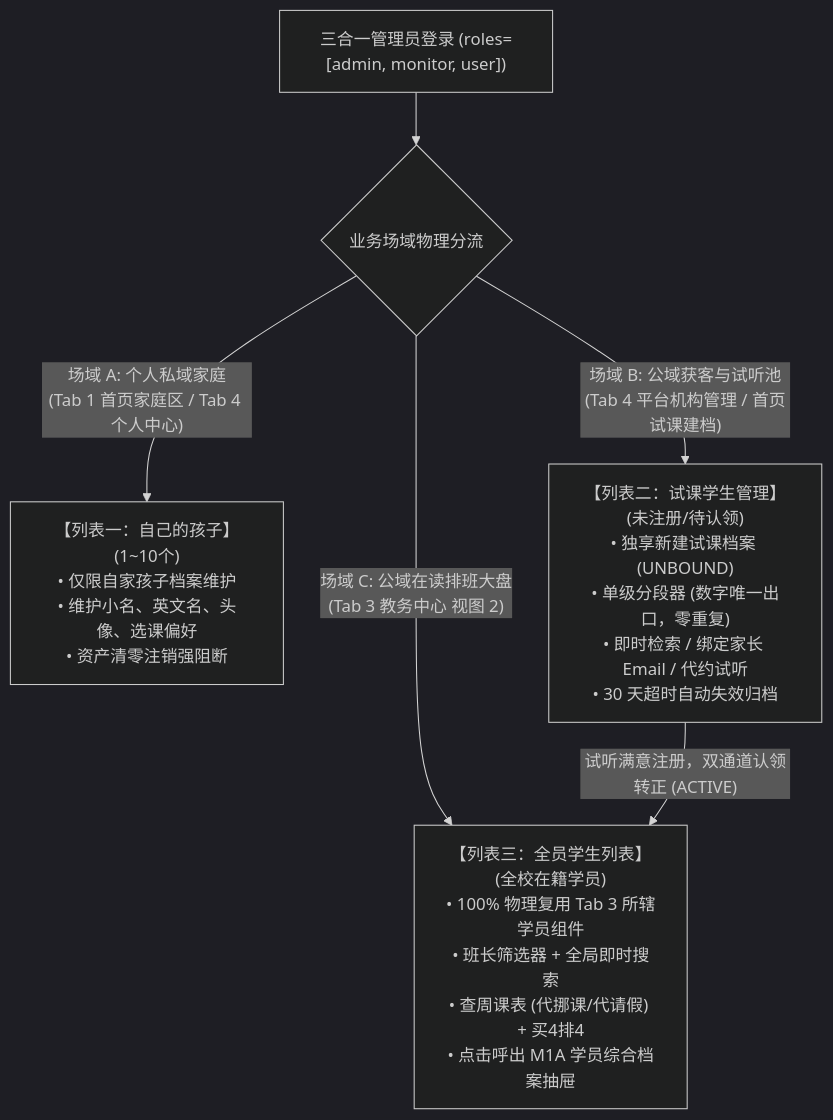
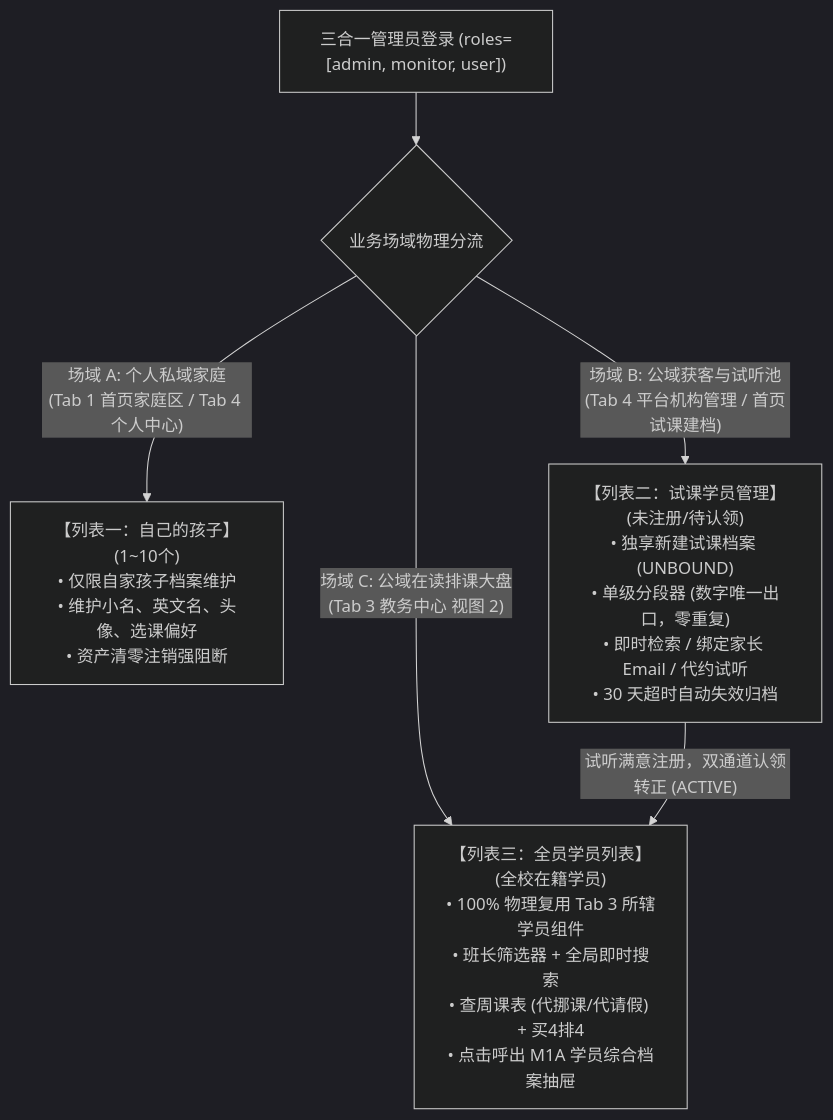
The fifth of 6 diagrams in docs/prd/m1a_student_profile.md (Onezao/dream), drawn with Mermaid (dark theme) before and after one commit. The commit also changed other lines of this file and 37 other files, not shown here.

````diff
--- a/docs/prd/m1a_student_profile.md
+++ b/docs/prd/m1a_student_profile.md
@@ -150,12 +149,12 @@
 ```mermaid
 flowchart TD
     AdminUser["三合一管理员登录 (roles=[admin, monitor, user])"] --> SplitField{"业务场域物理分流"}
     
     SplitField -->|"场域 A: 个人私域家庭<br/>(Tab 1 首页家庭区 / Tab 4 个人中心)"| L1["【列表一：自己的孩子】(1~10个)<br/>• 仅限自家孩子档案维护<br/>• 维护小名、英文名、头像、选课偏好<br/>• 资产清零注销强阻断"]
     
-    SplitField -->|"场域 B: 公域获客与试听池<br/>(Tab 4 平台机构管理 / 首页试课建档)"| L2["【列表二：试课学生管理】(未注册/待认领)<br/>• 独享新建试课档案 (UNBOUND)<br/>• 单级分段器 (数字唯一出口，零重复)<br/>• 即时检索 / 绑定家长 Email / 代约试听<br/>• 30 天超时自动失效归档"]
+    SplitField -->|"场域 B: 公域获客与试听池<br/>(Tab 4 平台机构管理 / 首页试课建档)"| L2["【列表二：试课学员管理】(未注册/待认领)<br/>• 独享新建试课档案 (UNBOUND)<br/>• 单级分段器 (数字唯一出口，零重复)<br/>• 即时检索 / 绑定家长 Email / 代约试听<br/>• 30 天超时自动失效归档"]
     
-    SplitField -->|"场域 C: 公域在读排班大盘<br/>(Tab 3 教务中心 视图 2)"| L3["【列表三：全员学生列表】(全校在籍学员)<br/>• 100% 物理复用 Tab 3 所辖学员组件<br/>• 班长筛选器 + 全局即时搜索<br/>• 查周课表 (代挪课/代请假) + 买4排4<br/>• 点击呼出 M1A 学员综合档案抽屉"]
+    SplitField -->|"场域 C: 公域在读排课大盘<br/>(Tab 3 教务中心 视图 2)"| L3["【列表三：全员学员列表】(全校在籍学员)<br/>• 100% 物理复用 Tab 3 所辖学员组件<br/>• 班长筛选器 + 全局即时搜索<br/>• 查周课表 (代挪课/代请假) + 买4排4<br/>• 点击呼出 M1A 学员综合档案抽屉"]
     
     L2 -->|"试听满意注册，双通道认领转正 (ACTIVE)"| L3
 ```
````
